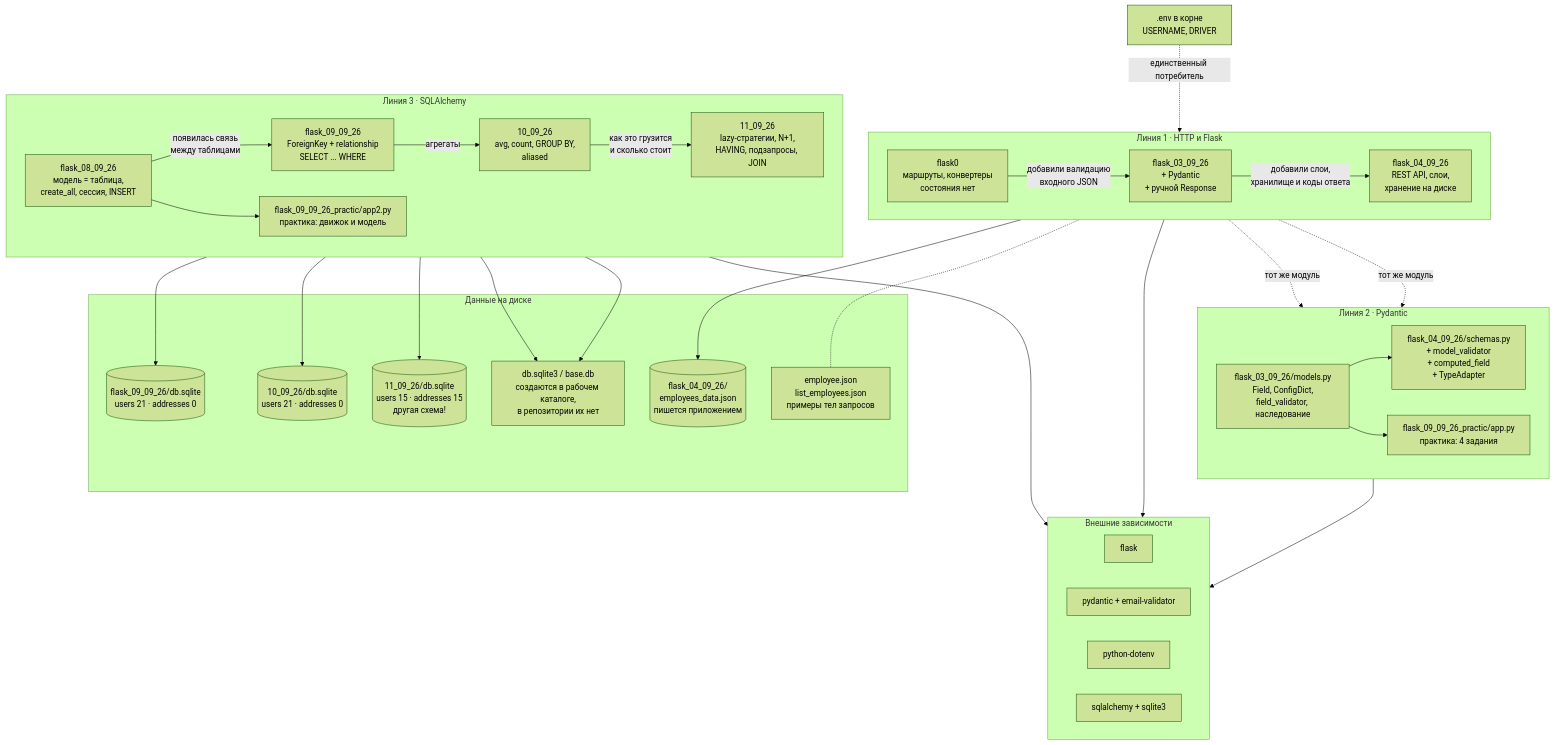
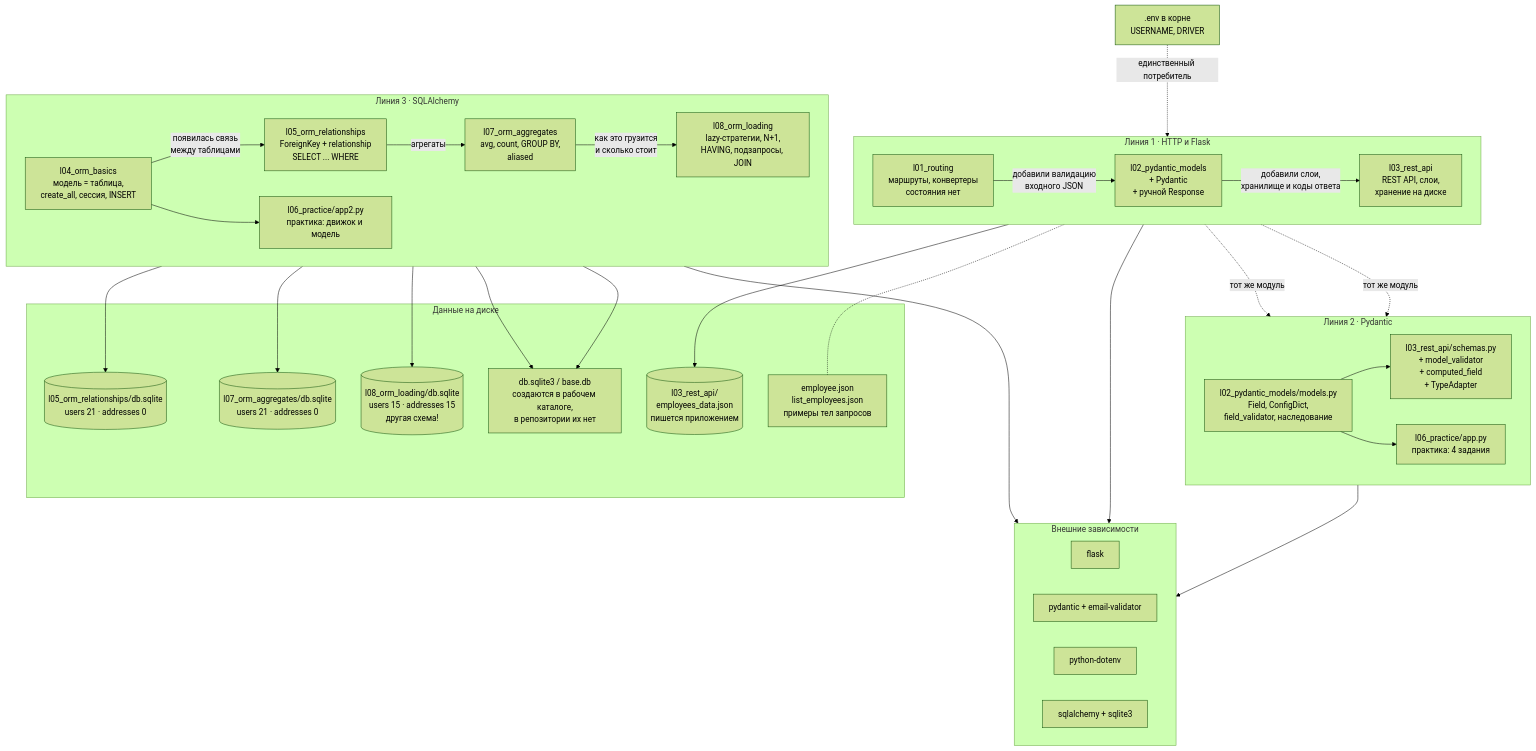
The diagram in SCHEMA.md (viktorplus/060326-flask), drawn with Mermaid (forest theme) before and after one commit. The commit also changed other lines of this file and 37 other files, not shown here.

````diff
--- a/SCHEMA.md
+++ b/SCHEMA.md
@@ -27,66 +28,66 @@
 ```mermaid
 flowchart TB
     subgraph line1["Линия 1 · HTTP и Flask"]
         direction LR
-        F0["flask0<br/>маршруты, конвертеры<br/>состояния нет"]
-        F03["flask_03_09_26<br/>+ Pydantic<br/>+ ручной Response"]
-        F04["flask_04_09_26<br/>REST API, слои,<br/>хранение на диске"]
+        F0["l01_routing<br/>маршруты, конвертеры<br/>состояния нет"]
+        F03["l02_pydantic_models<br/>+ Pydantic<br/>+ ручной Response"]
+        F04["l03_rest_api<br/>REST API, слои,<br/>хранение на диске"]
         F0 -->|"добавили валидацию<br/>входного JSON"| F03
         F03 -->|"добавили слои,<br/>хранилище и коды ответа"| F04
     end
 
     subgraph line2["Линия 2 · Pydantic"]
         direction LR
-        P1["flask_03_09_26/models.py<br/>Field, ConfigDict,<br/>field_validator, наследование"]
-        P2["flask_04_09_26/schemas.py<br/>+ model_validator<br/>+ computed_field<br/>+ TypeAdapter"]
-        P3["flask_09_09_26_practic/app.py<br/>практика: 4 задания"]
+        P1["l02_pydantic_models/models.py<br/>Field, ConfigDict,<br/>field_validator, наследование"]
+        P2["l03_rest_api/schemas.py<br/>+ model_validator<br/>+ computed_field<br/>+ TypeAdapter"]
+        P3["l06_practice/app.py<br/>практика: 4 задания"]
         P1 --> P2
         P1 --> P3
     end
 
     subgraph line3["Линия 3 · SQLAlchemy"]
         direction LR
-        S1["flask_08_09_26<br/>модель = таблица,<br/>create_all, сессия, INSERT"]
-        S2["flask_09_09_26<br/>ForeignKey + relationship<br/>SELECT ... WHERE"]
-        S3["10_09_26<br/>avg, count, GROUP BY,<br/>aliased"]
-        S4["11_09_26<br/>lazy-стратегии, N+1,<br/>HAVING, подзапросы, JOIN"]
-        S5["flask_09_09_26_practic/app2.py<br/>практика: движок и модель"]
+        S1["l04_orm_basics<br/>модель = таблица,<br/>create_all, сессия, INSERT"]
+        S2["l05_orm_relationships<br/>ForeignKey + relationship<br/>SELECT ... WHERE"]
+        S3["l07_orm_aggregates<br/>avg, count, GROUP BY,<br/>aliased"]
+        S4["l08_orm_loading<br/>lazy-стратегии, N+1,<br/>HAVING, подзапросы, JOIN"]
+        S5["l06_practice/app2.py<br/>практика: движок и модель"]
         S1 -->|"появилась связь<br/>между таблицами"| S2
         S2 -->|"агрегаты"| S3
         S3 -->|"как это грузится<br/>и сколько стоит"| S4
         S1 --> S5
     end
 
     F03 -.->|"тот же модуль"| P1
     F04 -.->|"тот же модуль"| P2
 
     line1 --> Deps
     line2 --> Deps
     line3 --> Deps
 
     subgraph Deps["Внешние зависимости"]
         D1["flask"]
         D2["pydantic + email-validator"]
         D3["python-dotenv"]
         D4["sqlalchemy + sqlite3"]
     end
 
     subgraph Data["Данные на диске"]
-        J1[("flask_04_09_26/<br/>employees_data.json<br/>пишется приложением")]
+        J1[("l03_rest_api/<br/>employees_data.json<br/>пишется приложением")]
         J2["employee.json<br/>list_employees.json<br/>примеры тел запросов"]
-        B1[("flask_09_09_26/db.sqlite<br/>users 21 · addresses 0")]
-        B2[("10_09_26/db.sqlite<br/>users 21 · addresses 0")]
-        B3[("11_09_26/db.sqlite<br/>users 15 · addresses 15<br/>другая схема!")]
+        B1[("l05_orm_relationships/db.sqlite<br/>users 21 · addresses 0")]
+        B2[("l07_orm_aggregates/db.sqlite<br/>users 21 · addresses 0")]
+        B3[("l08_orm_loading/db.sqlite<br/>users 15 · addresses 15<br/>другая схема!")]
         B4["db.sqlite3 / base.db<br/>создаются в рабочем каталоге,<br/>в репозитории их нет"]
     end
 
     F04 --> J1
     F04 -.- J2
     S2 --> B1
     S3 --> B2
     S4 --> B3
     S1 --> B4
     S5 --> B4
 
     ENV[".env в корне<br/>USERNAME, DRIVER"] -.->|"единственный потребитель"| F04
 ```
````
